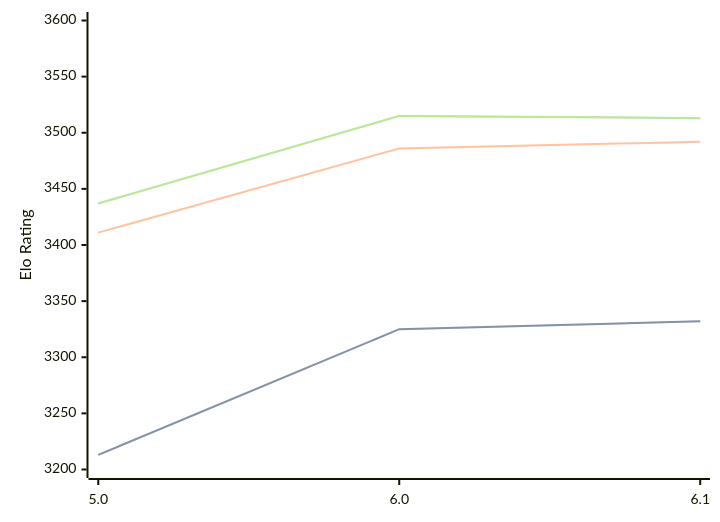
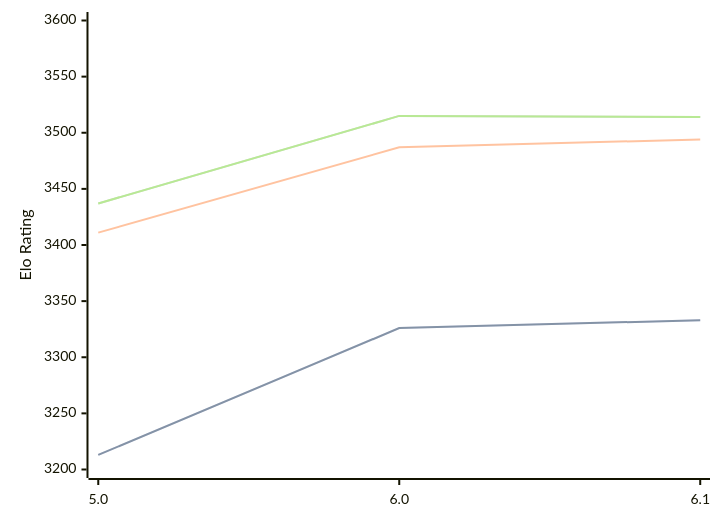
The diagram in engines/Starzix.md (computer-chess-index/cci), drawn with Mermaid before and after one commit. The commit also changed other lines of this file, not shown here.

Commit message:
Update CCI Ratings (ELO VLTC) - 2026-09-06

````diff
--- a/engines/Starzix.md
+++ b/engines/Starzix.md
@@ -33,11 +33,11 @@
 ```mermaid
 %%{init: {"theme":"base","themeVariables":{"seriesColors:['#a3a3a3','#222221','#faa371']}}}%%
 xychart-beta
   x-axis ["5.0", "6.0", "6.1"]
   y-axis "Elo Rating" 3200 --> 3600
-  line "" [3213, 3325, 3332]
-  line "STC (8.0+0.08s)" [3213, 3325, 3332]
-  line "LTC (60.0+0.60s)" [3411, 3486, 3492]
-  line "" [3437, 3515, 3513]
-  line "VLTC (2m24s+1.12s)" [3437, 3515, 3513]
+  line "" [3213, 3326, 3333]
+  line "STC (8.0+0.08s)" [3213, 3326, 3333]
+  line "LTC (60.0+0.60s)" [3411, 3487, 3494]
+  line "" [3437, 3515, 3514]
+  line "VLTC (2m24s+1.12s)" [3437, 3515, 3514]
 ```
````
